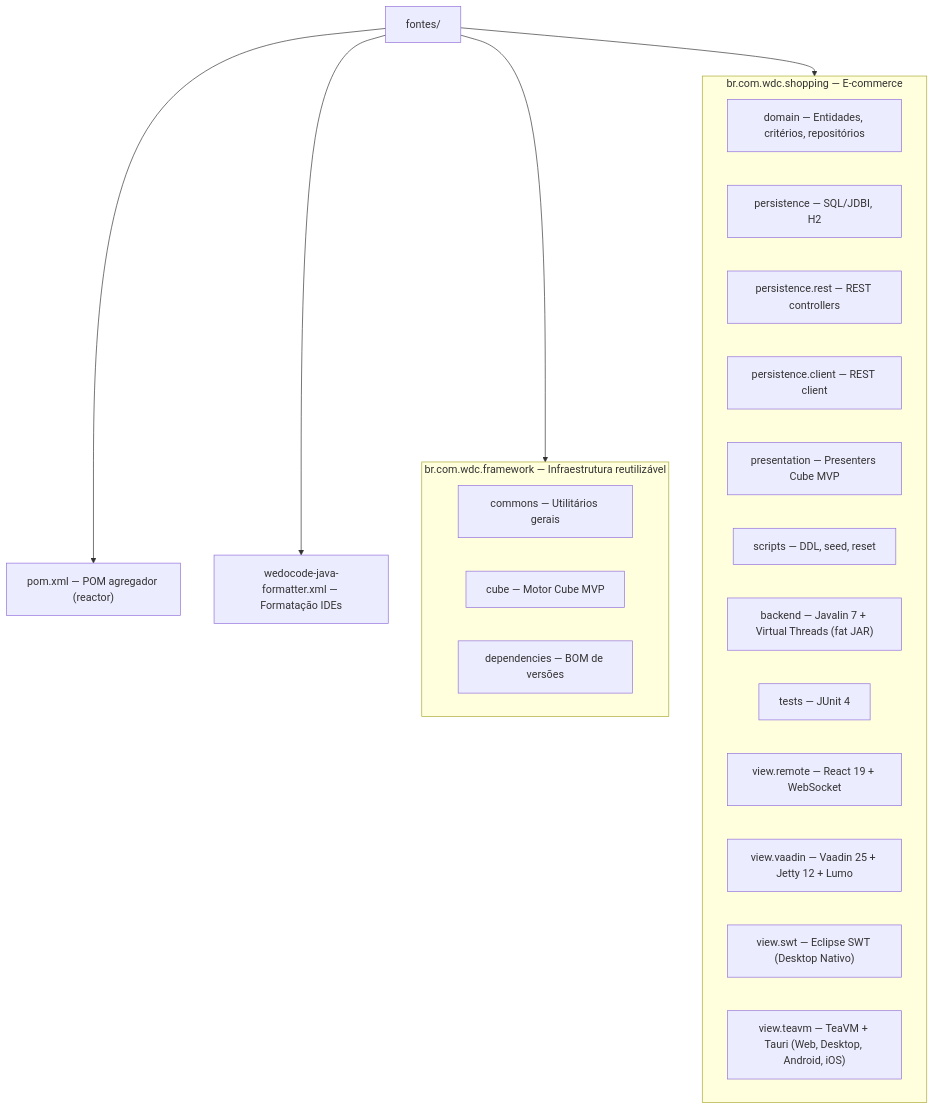
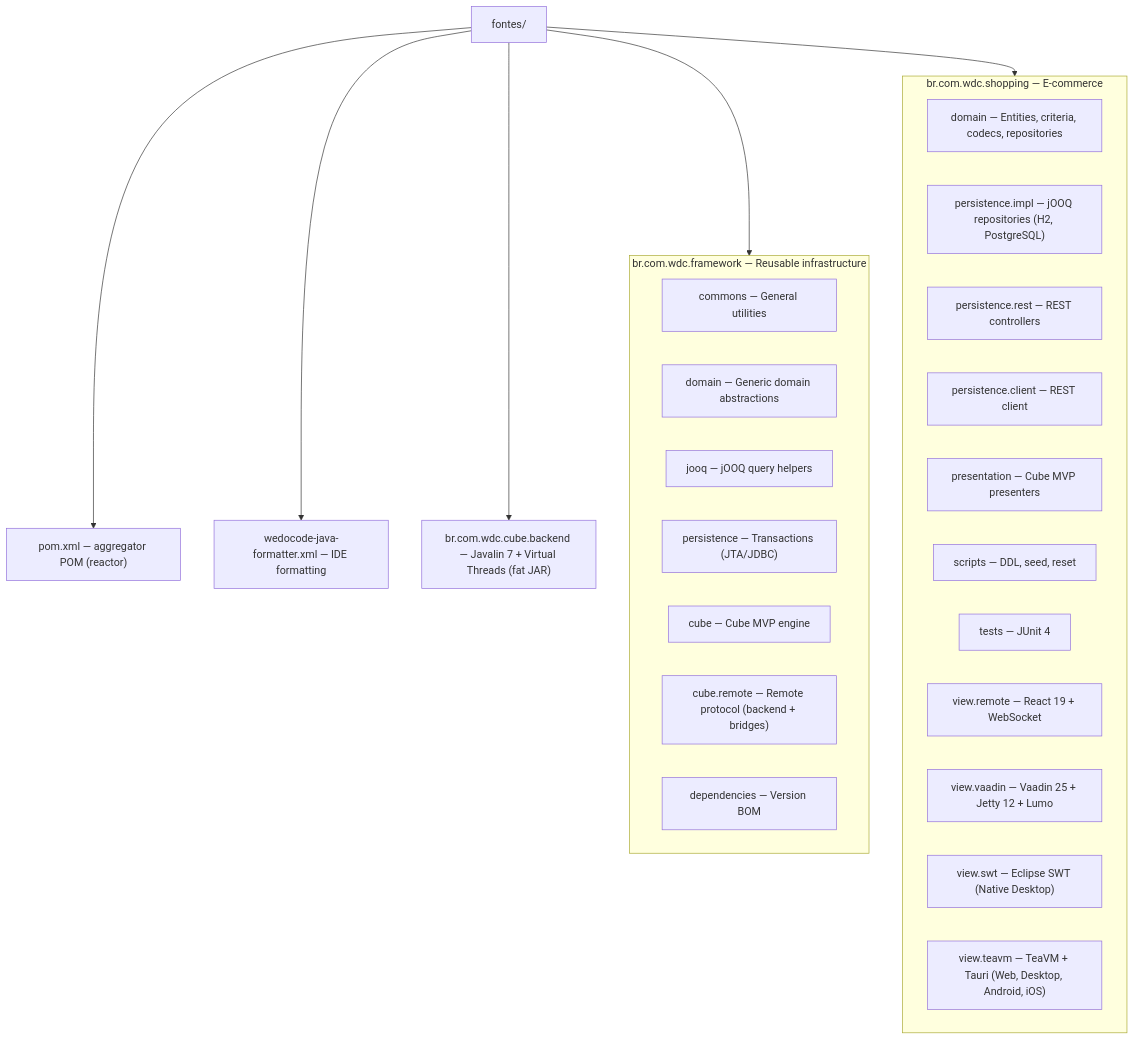
Before and after one commit to mrcdom/wdc-cube-java-v2: the diagram in fontes/README.md, drawn with Mermaid. The commit also changed other lines of this file and 69 other files, not shown here.

````diff
--- a/fontes/README.md
+++ b/fontes/README.md
@@ -9,32 +9,36 @@
 ```mermaid
 graph TD
     fontes["fontes/"]
-    pom["pom.xml — POM agregador (reactor)"]
-    formatter["wedocode-java-formatter.xml — Formatação IDEs"]
+    pom["pom.xml — aggregator POM (reactor)"]
+    formatter["wedocode-java-formatter.xml — IDE formatting"]
 
-    subgraph Framework["br.com.wdc.framework — Infraestrutura reutilizável"]
-        fwCommons["commons — Utilitários gerais"]
-        fwCube["cube — Motor Cube MVP"]
-        fwDeps["dependencies — BOM de versões"]
+    subgraph Framework["br.com.wdc.framework — Reusable infrastructure"]
+        fwCommons["commons — General utilities"]
+        fwDomain["domain — Generic domain abstractions"]
+        fwJooq["jooq — jOOQ query helpers"]
+        fwPersistence["persistence — Transactions (JTA/JDBC)"]
+        fwCube["cube — Cube MVP engine"]
+        fwCubeRemote["cube.remote — Remote protocol (backend + bridges)"]
+        fwDeps["dependencies — Version BOM"]
     end
 
     subgraph Shopping["br.com.wdc.shopping — E-commerce"]
-        domain["domain — Entidades, critérios, repositórios"]
-        persistence["persistence — SQL/JDBI, H2"]
+        domain["domain — Entities, criteria, codecs, repositories"]
+        persistence["persistence.impl — jOOQ repositories (H2, PostgreSQL)"]
         persistRest["persistence.rest — REST controllers"]
         persistClient["persistence.client — REST client"]
-        presentation["presentation — Presenters Cube MVP"]
+        presentation["presentation — Cube MVP presenters"]
         scripts["scripts — DDL, seed, reset"]
-        backend["backend — Javalin 7 + Virtual Threads (fat JAR)"]
         tests["tests — JUnit 4"]
         viewReact["view.remote — React 19 + WebSocket"]
         viewVaadin["view.vaadin — Vaadin 25 + Jetty 12 + Lumo"]
-        viewSwt["view.swt — Eclipse SWT (Desktop Nativo)"]
+        viewSwt["view.swt — Eclipse SWT (Native Desktop)"]
         viewTeavm["view.teavm — TeaVM + Tauri (Web, Desktop, Android, iOS)"]
     end
 
     fontes --> pom
     fontes --> formatter
     fontes --> Framework
     fontes --> Shopping
+    fontes --> backend["br.com.wdc.cube.backend — Javalin 7 + Virtual Threads (fat JAR)"]
 ```
````
